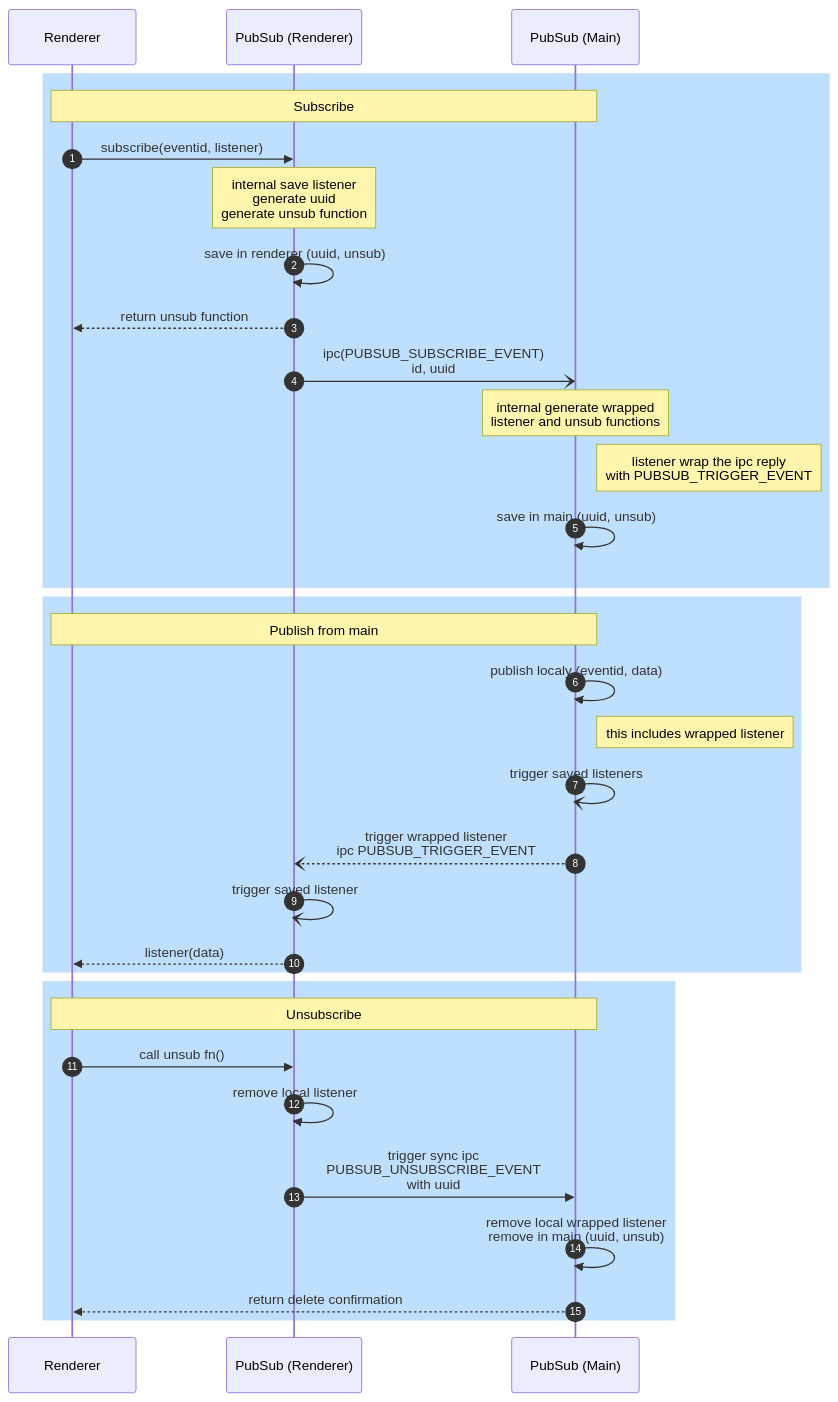
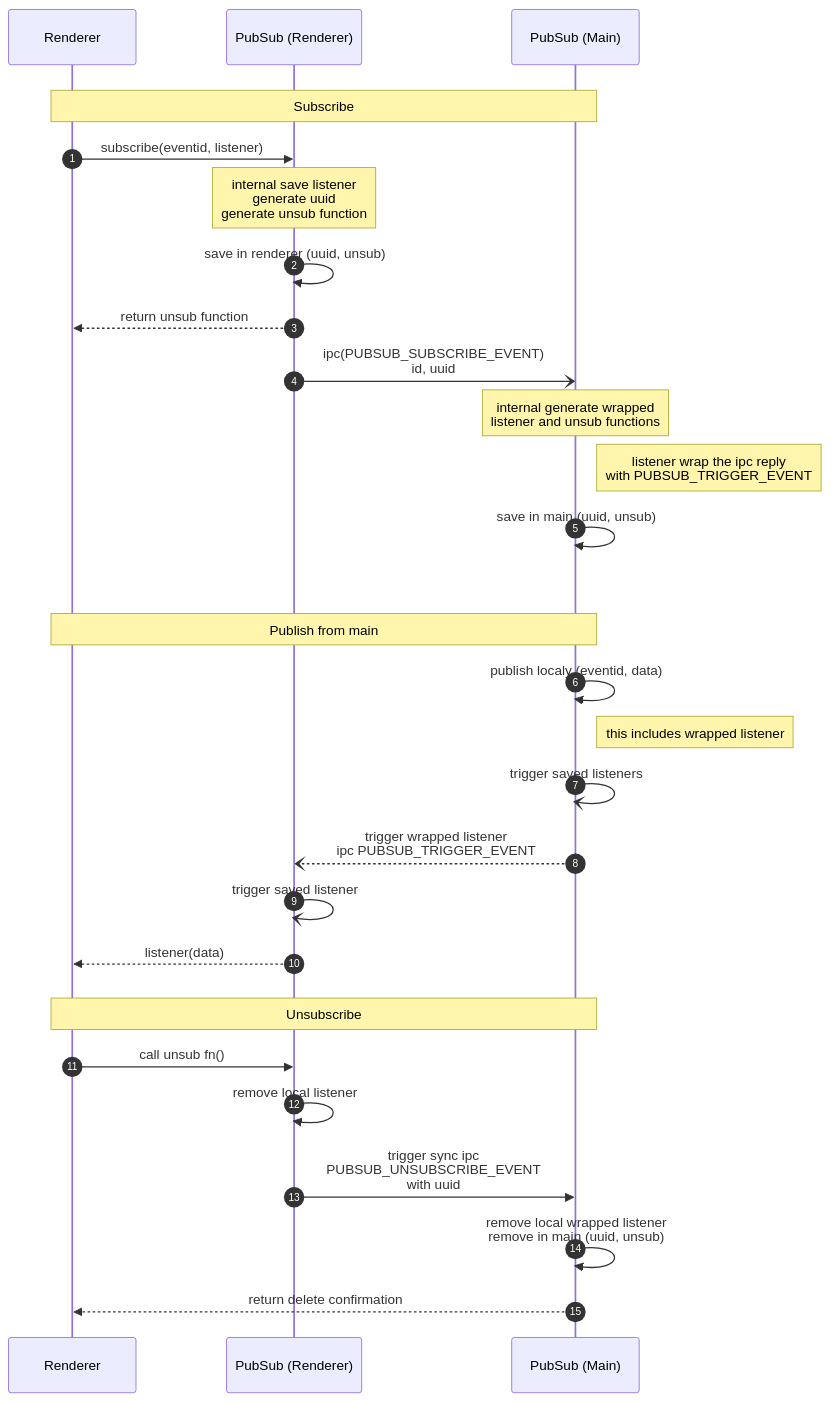
Before and after one commit to SocialGouv/archifiltre-mails: the diagram in docs/pubsub.md, drawn with Mermaid. The commit also changed other lines of this file, not shown here.

Commit message:
:memo: Update doc for pubsub

````diff
--- a/docs/pubsub.md
+++ b/docs/pubsub.md
@@ -8,39 +8,38 @@
 ```mermaid
 sequenceDiagram
     autonumber
     participant R as Renderer
     participant PR as PubSub (Renderer)
     participant PM as PubSub (Main)
-    
-    rect rgb(191, 223, 255)
+
+    rect rgb(255, 255, 255, .1)
     note over R,PM: Subscribe
     R->>PR: subscribe(eventid, listener)
     note over PR: internal save listener<br>generate uuid<br>generate unsub function
     PR->>PR: save in renderer (uuid, unsub)
     PR-->>R: return unsub function
     PR-)PM: ipc(PUBSUB_SUBSCRIBE_EVENT)<br>id, uuid
     note over PM: internal generate wrapped<br>listener and unsub functions
     note right of PM: listener wrap the ipc reply<br>with PUBSUB_TRIGGER_EVENT
     PM->>PM: save in main (uuid, unsub)
     end
 
-    rect rgb(191, 223, 255)
+    rect rgb(255, 255, 255, .1)
     note over R,PM: Publish from main
     PM->>PM: publish localy (eventid, data)
     note right of PM: this includes wrapped listener
     PM-)PM: trigger saved listeners
     PM--)PR: trigger wrapped listener<br>ipc PUBSUB_TRIGGER_EVENT
     PR-)PR: trigger saved listener
     PR-->>R: listener(data)
     end
 
-    rect rgb(191, 223, 255)
+    rect rgb(255, 255, 255, .1)
     note over R,PM: Unsubscribe
     R->>PR: call unsub fn()
     PR->>PR: remove local listener
     PR->>PM: trigger sync ipc<br>PUBSUB_UNSUBSCRIBE_EVENT<br>with uuid
     PM->>PM: remove local wrapped listener<br>remove in main (uuid, unsub)
     PM-->>R: return delete confirmation
     end
-    
 ```
````
